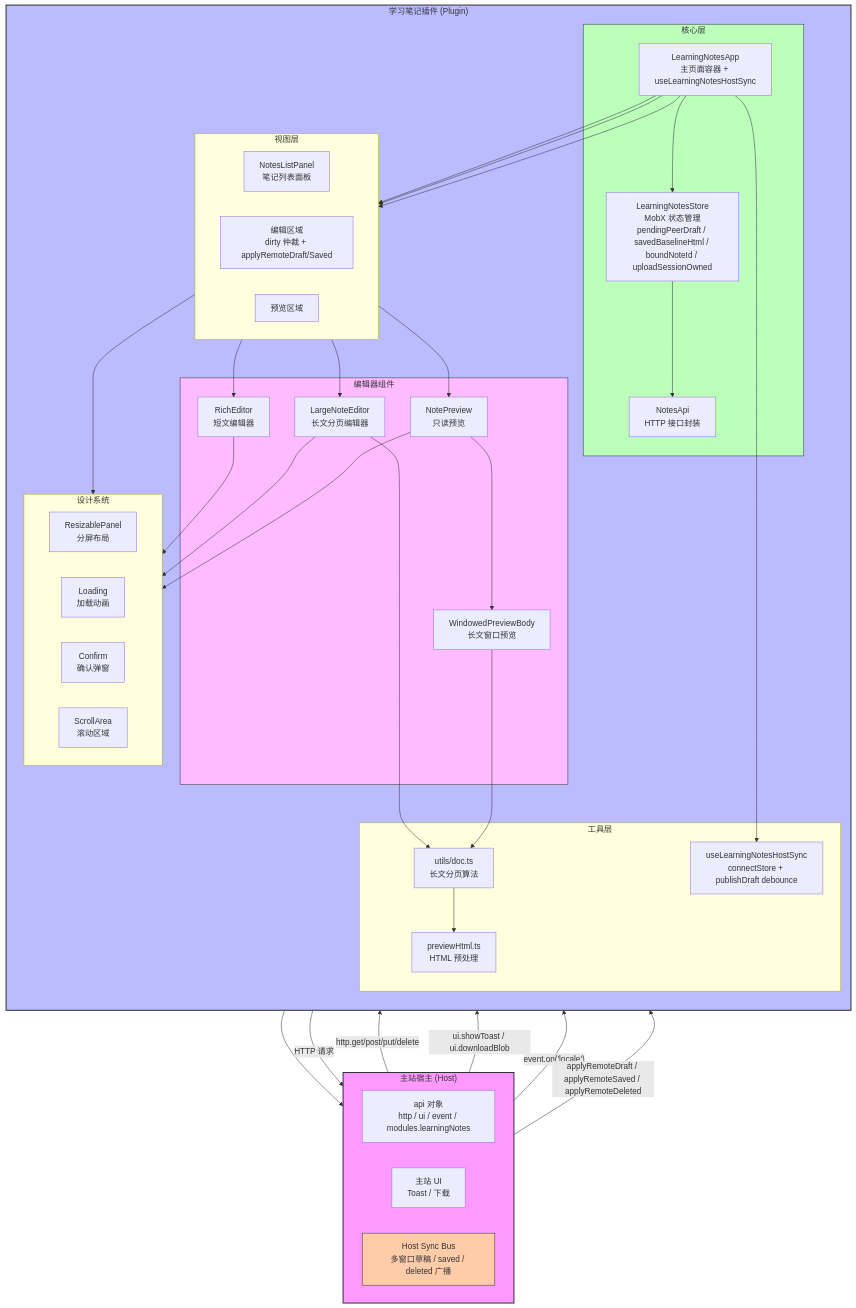
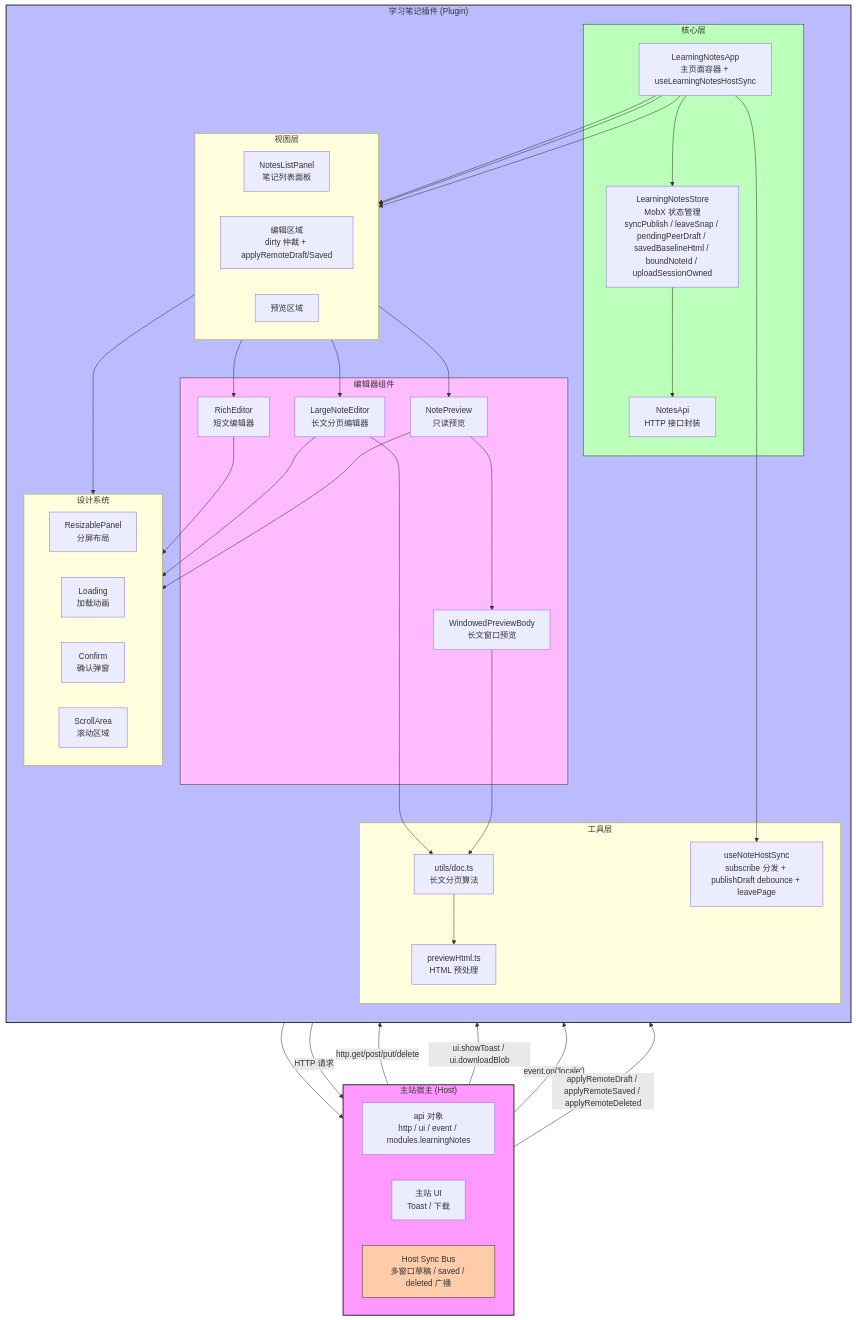
The first of 4 diagrams in docs/learning-notes.md (dnhyxc/dnhyxc-ai-plugins), drawn with Mermaid before and after one commit. The commit also changed other lines of this file and 8 other files, not shown here.

````diff
--- a/docs/learning-notes.md
+++ b/docs/learning-notes.md
@@ -28,80 +29,80 @@
 ```mermaid
 graph TB
     subgraph Host["主站宿主 (Host)"]
         direction LR
         HostAPI["api 对象<br/>http / ui / event / modules.learningNotes"]
         HostUI["主站 UI<br/>Toast / 下载"]
         HostSync["Host Sync Bus<br/>多窗口草稿 / saved / deleted 广播"]
     end
 
     subgraph Plugin["学习笔记插件 (Plugin)"]
         direction TB
         subgraph View["视图层"]
             direction LR
             NotesListPanel["NotesListPanel<br/>笔记列表面板"]
             EditorArea["编辑区域<br/>dirty 仲裁 + applyRemoteDraft/Saved"]
             PreviewArea["预览区域"]
         end
 
         subgraph Core["核心层"]
             LearningNotesApp["LearningNotesApp<br/>主页面容器 + useLearningNotesHostSync"]
-            LearningNotesStore["LearningNotesStore<br/>MobX 状态管理<br/>pendingPeerDraft / savedBaselineHtml / boundNoteId / uploadSessionOwned"]
+            LearningNotesStore["LearningNotesStore<br/>MobX 状态管理<br/>syncPublish / leaveSnap / pendingPeerDraft / savedBaselineHtml / boundNoteId / uploadSessionOwned"]
             NotesApi["NotesApi<br/>HTTP 接口封装"]
         end
 
         subgraph EditorComponents["编辑器组件"]
             RichEditor["RichEditor<br/>短文编辑器"]
             LargeNoteEditor["LargeNoteEditor<br/>长文分页编辑器"]
             NotePreview["NotePreview<br/>只读预览"]
             WindowedPreviewBody["WindowedPreviewBody<br/>长文窗口预览"]
         end
 
         subgraph Utils["工具层"]
             DocUtils["utils/doc.ts<br/>长文分页算法"]
             PreviewHtml["previewHtml.ts<br/>HTML 预处理"]
-            HostSyncHook["useLearningNotesHostSync<br/>connectStore + publishDraft debounce"]
+            HostSyncHook["useNoteHostSync<br/>subscribe 分发 + publishDraft debounce + leavePage"]
         end
 
         subgraph Design["设计系统"]
             ResizablePanel["ResizablePanel<br/>分屏布局"]
             Loading["Loading<br/>加载动画"]
             Confirm["Confirm<br/>确认弹窗"]
             ScrollArea["ScrollArea<br/>滚动区域"]
         end
     end
 
     HostAPI -->|"http.get/post/put/delete"| NotesApi
     HostAPI -->|"ui.showToast / ui.downloadBlob"| LearningNotesApp
     HostAPI -->|"event.on('locale')"| LearningNotesApp
     HostSync -->|"applyRemoteDraft / applyRemoteSaved / applyRemoteDeleted"| LearningNotesApp
     LearningNotesApp --> HostSync
 
     LearningNotesApp --> LearningNotesStore
     LearningNotesStore --> NotesApi
     NotesApi -->|"HTTP 请求"| HostAPI
 
     LearningNotesApp --> NotesListPanel
     LearningNotesApp --> EditorArea
     LearningNotesApp --> PreviewArea
 
     EditorArea --> RichEditor
     EditorArea --> LargeNoteEditor
     PreviewArea --> NotePreview
     NotePreview --> WindowedPreviewBody
 
     RichEditor --> Design
     LargeNoteEditor --> Design
     NotePreview --> Design
     NotesListPanel --> Design
 
     LargeNoteEditor --> DocUtils
     WindowedPreviewBody --> DocUtils
     DocUtils --> PreviewHtml
     LearningNotesApp --> HostSyncHook
 
     style Host fill:#f9f,stroke:#333,stroke-width:2px
     style Plugin fill:#bbf,stroke:#333,stroke-width:2px
     style Core fill:#bfb,stroke:#333,stroke-width:1px
     style EditorComponents fill:#fbf,stroke:#333,stroke-width:1px
     style HostSync fill:#fca,stroke:#333,stroke-width:1px
 ```
````
